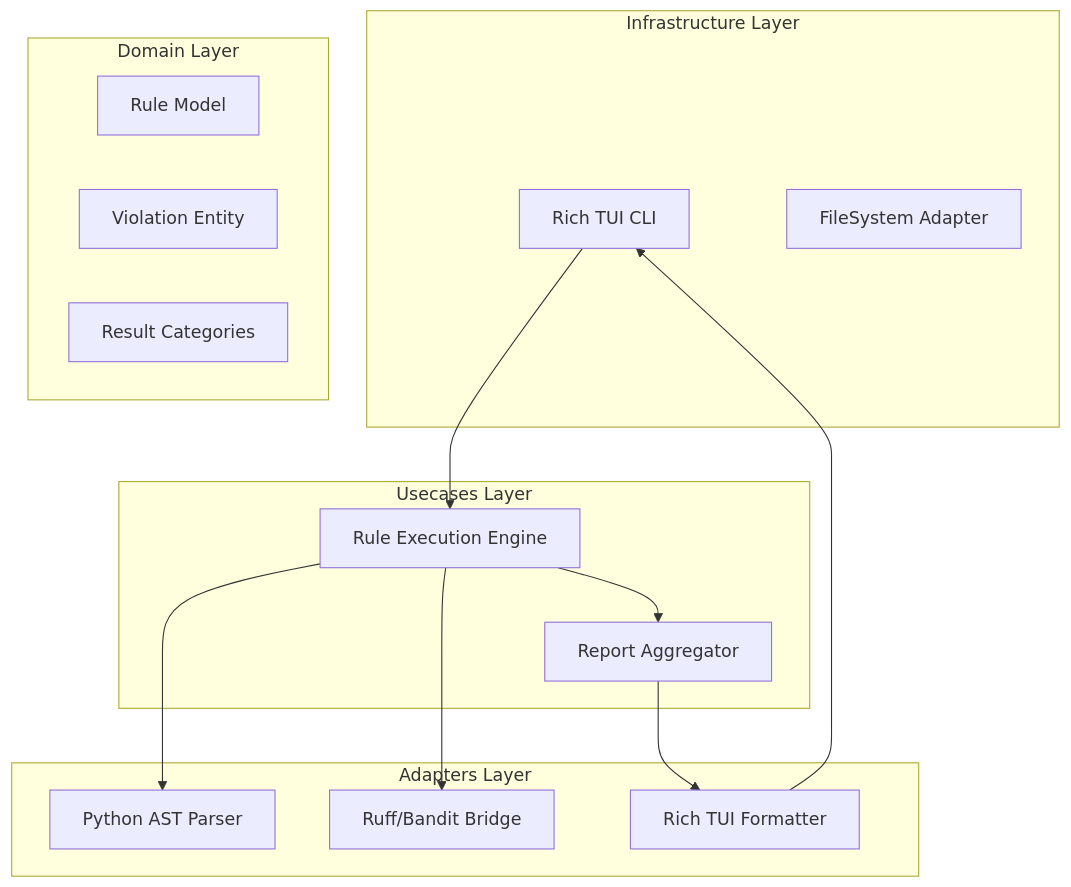
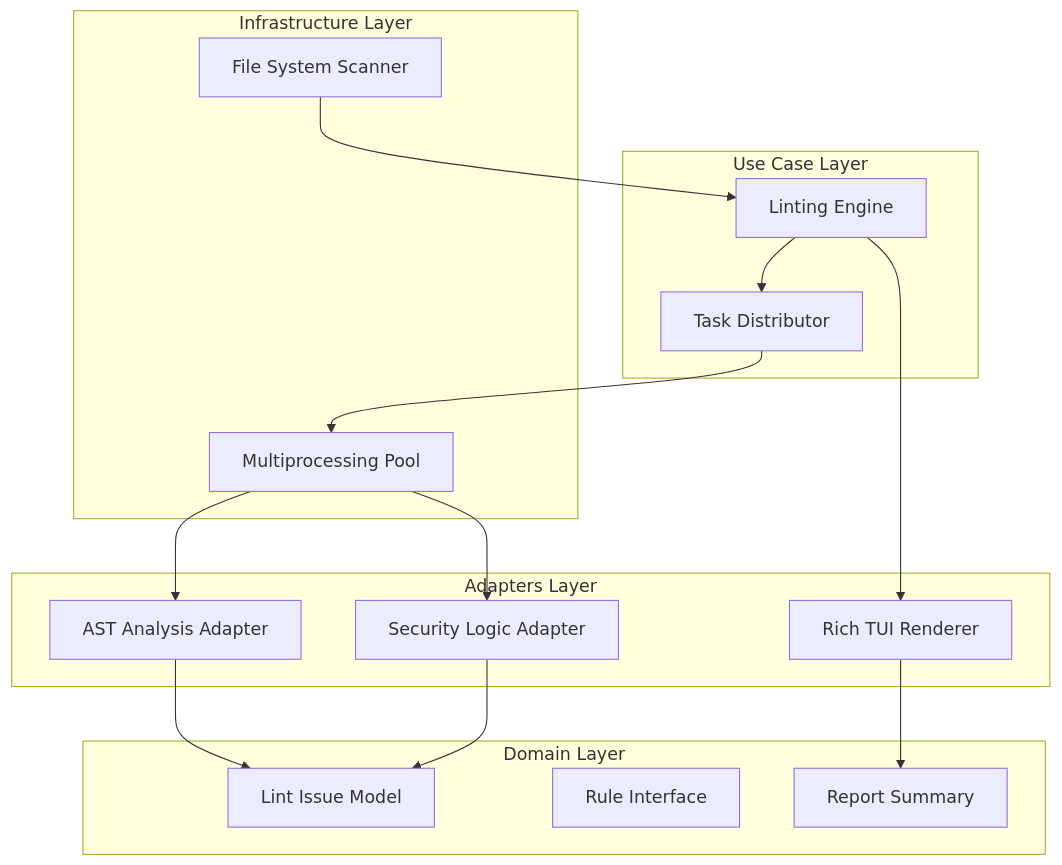
One commit to davidlapsleyio/shipkode-python-linting-cli-utility changed the diagram in specs/F1-comprehensive-python-rule-suite-b243d5a4/design.md. Above: the diagram before and after it, drawn with Mermaid. The commit also changed other lines of this file and 21 other files, not shown here.

````diff
--- a/specs/F1-comprehensive-python-rule-suite-b243d5a4/design.md
+++ b/specs/F1-comprehensive-python-rule-suite-b243d5a4/design.md
@@ -23,31 +23,34 @@
 ```mermaid
 graph TD
-    subgraph "Infrastructure Layer"
-        CLI[Rich TUI CLI]
-        FS[FileSystem Adapter]
+    subgraph domain [Domain Layer]
+        Issue[Lint Issue Model]
+        Rule[Rule Interface]
+        Report[Report Summary]
     end
 
-    subgraph "Adapters Layer"
-        Parser[Python AST Parser]
-        Linter[Ruff/Bandit Bridge]
-        Reporter[Rich TUI Formatter]
+    subgraph usecases [Use Case Layer]
+        Engine[Linting Engine]
+        Parallelizer[Task Distributor]
     end
 
-    subgraph "Usecases Layer"
-        RuleEngine[Rule Execution Engine]
-        ReportAggregator[Report Aggregator]
+    subgraph adapters [Adapters Layer]
+        ASTRunner[AST Analysis Adapter]
+        SecurityScanner[Security Logic Adapter]
+        TUIPrinter[Rich TUI Renderer]
     end
 
-    subgraph "Domain Layer"
-        Model[Rule Model]
-        Violation[Violation Entity]
-        Category[Result Categories]
+    subgraph infrastructure [Infrastructure Layer]
+        FileSystem[File System Scanner]
+        WorkerPool[Multiprocessing Pool]
     end
 
-    CLI --> RuleEngine
-    RuleEngine --> Parser
-    RuleEngine --> Linter
-    RuleEngine --> ReportAggregator
-    ReportAggregator --> Reporter
-    Reporter --> CLI
+    FileSystem --> Engine
+    Engine --> Parallelizer
+    Parallelizer --> WorkerPool
+    WorkerPool --> ASTRunner
+    WorkerPool --> SecurityScanner
+    ASTRunner --> Issue
+    SecurityScanner --> Issue
+    Engine --> TUIPrinter
+    TUIPrinter --> Report
 ```
````
